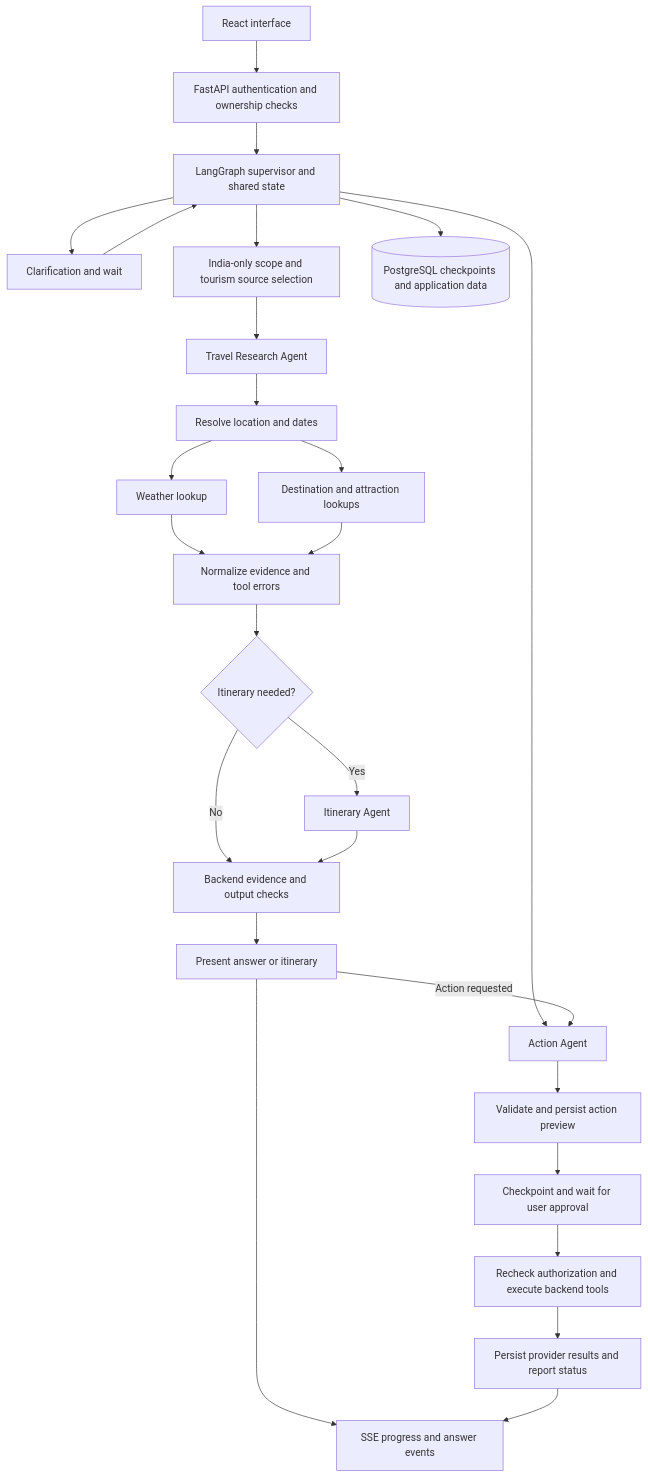
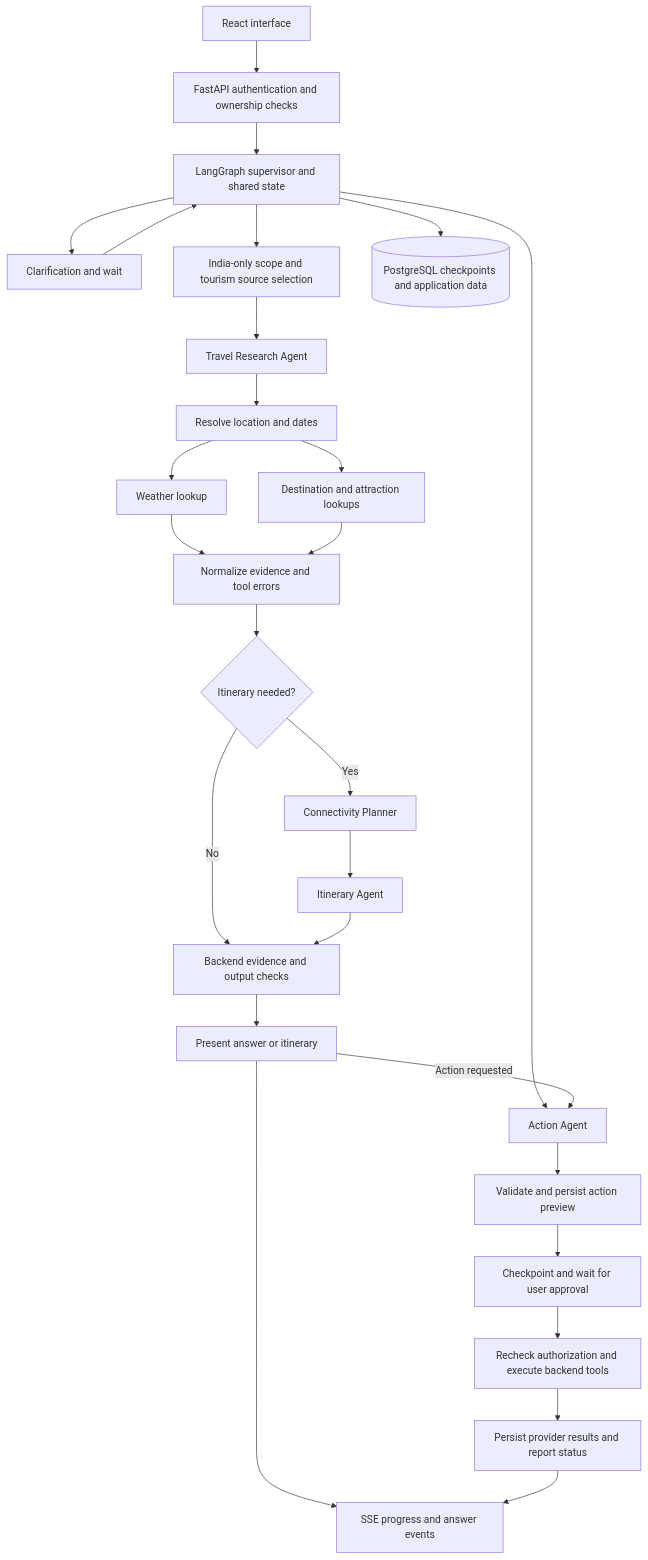
The diagram in PRD.md (pguru1214/genAIChatbot), drawn with Mermaid before and after one commit. The commit also changed other lines of this file and 22 other files, not shown here.

````diff
--- a/PRD.md
+++ b/PRD.md
@@ -287,28 +329,29 @@
 ```mermaid
 flowchart TD
     UI[React interface] --> API[FastAPI authentication and ownership checks]
     API --> Router[LangGraph supervisor and shared state]
     Router --> Clarify[Clarification and wait]
     Clarify --> Router
     Router --> India[India-only scope and tourism source selection]
     India --> Research[Travel Research Agent]
     Research --> Geo[Resolve location and dates]
     Geo --> Weather[Weather lookup]
     Geo --> Places[Destination and attraction lookups]
     Weather --> Evidence[Normalize evidence and tool errors]
     Places --> Evidence
     Evidence --> NeedPlan{Itinerary needed?}
-    NeedPlan -->|Yes| Planner[Itinerary Agent]
+    NeedPlan -->|Yes| Connectivity[Connectivity Planner]
+    Connectivity --> Planner[Itinerary Agent]
     NeedPlan -->|No| Validate[Backend evidence and output checks]
     Planner --> Validate
     Validate --> Present[Present answer or itinerary]
     Router --> Action[Action Agent]
     Present -->|Action requested| Action
     Action --> Preview[Validate and persist action preview]
     Preview --> Pause[Checkpoint and wait for user approval]
     Pause --> Execute[Recheck authorization and execute backend tools]
     Execute --> Result[Persist provider results and report status]
     Router --> DB[(PostgreSQL checkpoints and application data)]
     Present --> Stream[SSE progress and answer events]
     Result --> Stream
 ```
````
